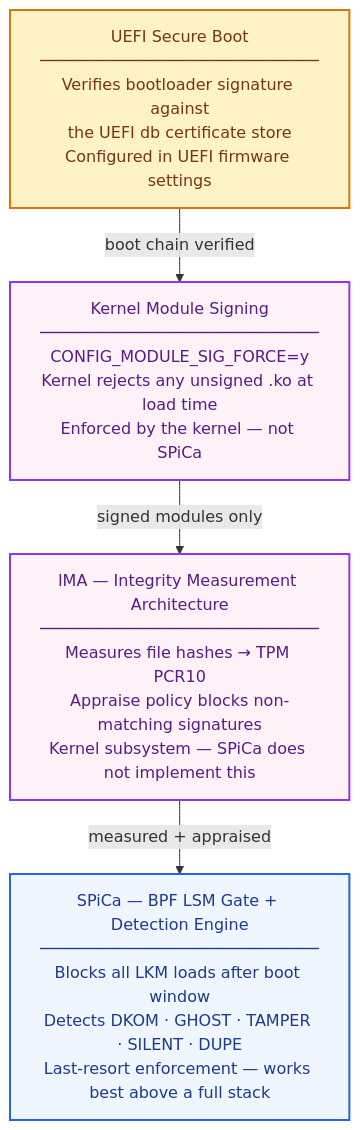
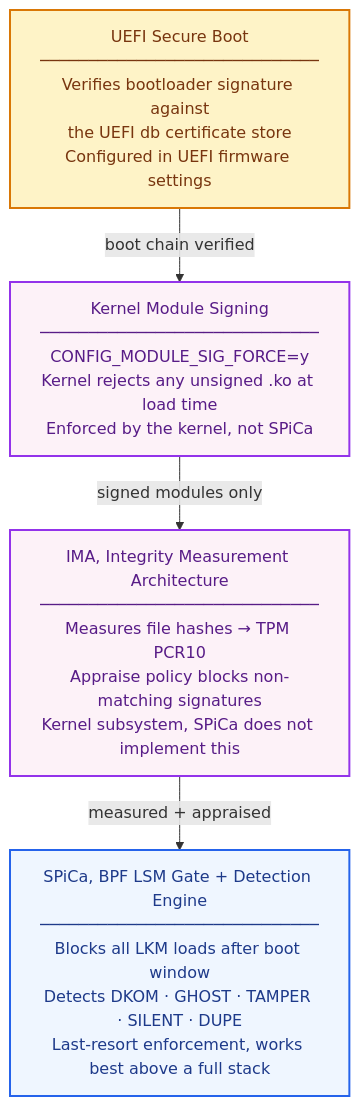
One commit to 0xKirisame/SPiCa changed the second of 2 diagrams in README.md. Above: the diagram before and after it, drawn with Mermaid. The commit also changed other lines of this file, not shown here.

Commit message:
fixed mermaid render

````diff
--- a/README.md
+++ b/README.md
@@ -302,22 +302,22 @@
 ```mermaid
 flowchart TD
     SB["UEFI Secure Boot\n─────────────────────────────\nVerifies bootloader signature against\nthe UEFI db certificate store\nConfigured in UEFI firmware settings"]
 
-    MS["Kernel Module Signing\n─────────────────────────────\nCONFIG_MODULE_SIG_FORCE=y\nKernel rejects any unsigned .ko at load time\nEnforced by the kernel — not SPiCa"]
+    MS["Kernel Module Signing\n─────────────────────────────\nCONFIG_MODULE_SIG_FORCE=y\nKernel rejects any unsigned .ko at load time\nEnforced by the kernel, not SPiCa"]
 
-    IMA["IMA — Integrity Measurement Architecture\n─────────────────────────────\nMeasures file hashes → TPM PCR10\nAppraise policy blocks non-matching signatures\nKernel subsystem — SPiCa does not implement this"]
+    IMA["IMA, Integrity Measurement Architecture\n─────────────────────────────\nMeasures file hashes → TPM PCR10\nAppraise policy blocks non-matching signatures\nKernel subsystem, SPiCa does not implement this"]
 
-    SPICA["SPiCa — BPF LSM Gate + Detection Engine\n─────────────────────────────\nBlocks all LKM loads after boot window\nDetects DKOM · GHOST · TAMPER · SILENT · DUPE\nLast-resort enforcement — works best above a full stack"]
+    SPICA["SPiCa, BPF LSM Gate + Detection Engine\n─────────────────────────────\nBlocks all LKM loads after boot window\nDetects DKOM · GHOST · TAMPER · SILENT · DUPE\nLast-resort enforcement, works best above a full stack"]
 
     SB  -->|"boot chain verified"| MS
     MS  -->|"signed modules only"| IMA
     IMA -->|"measured + appraised"| SPICA
 
     classDef firmware fill:#fef3c7,stroke:#d97706,stroke-width:2px,color:#78350f
     classDef kernel   fill:#fdf2f8,stroke:#9333ea,stroke-width:2px,color:#581c87
     classDef spica    fill:#eff6ff,stroke:#2563eb,stroke-width:2px,color:#1e3a8a
 
     class SB firmware
     class MS,IMA kernel
     class SPICA spica
 ```
````
